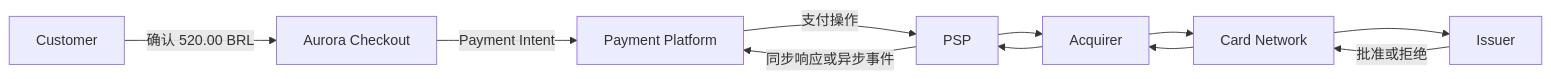
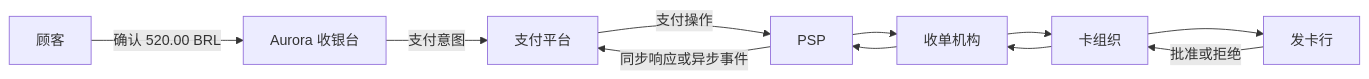
Before and after one commit to YouEclipse/Designing-Modern-Payment-Systems: the first of 4 diagrams in part-1-foundations/payment-lifecycle.md, drawn with Mermaid. The commit also changed other lines of this file and 59 other files, not shown here.

````diff
--- a/part-1-foundations/payment-lifecycle.md
+++ b/part-1-foundations/payment-lifecycle.md
@@ -13,13 +13,13 @@
 ```mermaid
 flowchart LR
-    Customer["Customer"] -->|"确认 520.00 BRL"| Merchant["Aurora Checkout"]
-    Merchant -->|"Payment Intent"| Platform["Payment Platform"]
+    Customer["顾客"] -->|"确认 520.00 BRL"| Merchant["Aurora 收银台"]
+    Merchant -->|"支付意图"| Platform["支付平台"]
     Platform -->|"支付操作"| PSP["PSP"]
-    PSP --> Acquirer["Acquirer"]
-    Acquirer --> Network["Card Network"]
-    Network --> Issuer["Issuer"]
+    PSP --> Acquirer["收单机构"]
+    Acquirer --> Network["卡组织"]
+    Network --> Issuer["发卡行"]
     Issuer -->|"批准或拒绝"| Network
     Network --> Acquirer
     Acquirer --> PSP
     PSP -->|"同步响应或异步事件"| Platform
 ```
````
